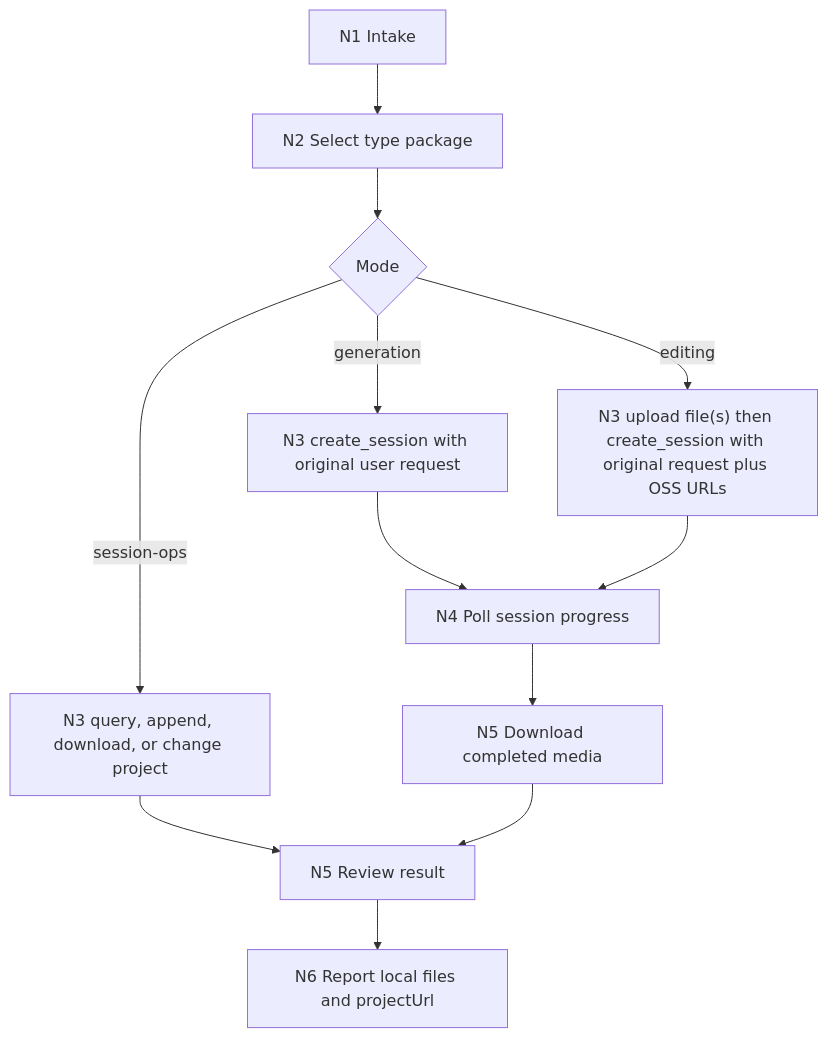
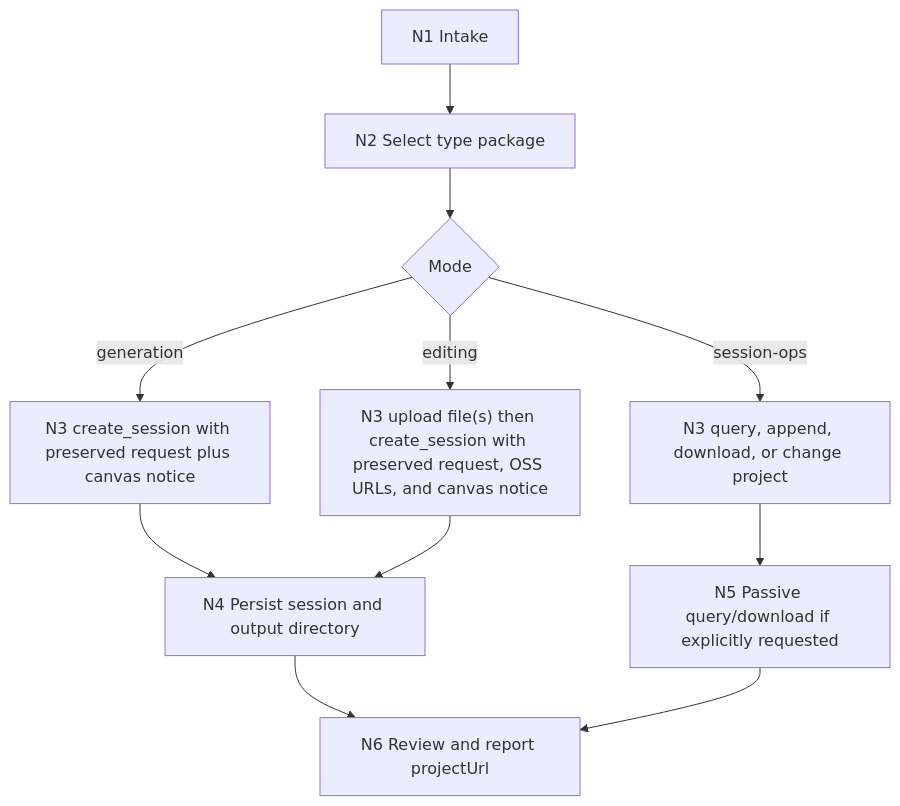
Before and after one commit to ZEN-VOID/AI-CUT: the diagram in .agents/skills/cli/libTV/SKILL.md, drawn with Mermaid. The commit also changed other lines of this file and 59 other files, not shown here.

````diff
--- a/.agents/skills/cli/libTV/SKILL.md
+++ b/.agents/skills/cli/libTV/SKILL.md
@@ -79,14 +80,13 @@
 ```mermaid
 flowchart TD
     A["N1 Intake"] --> B["N2 Select type package"]
     B --> C{"Mode"}
-    C -->|"generation"| D["N3 create_session with original user request"]
-    C -->|"editing"| E["N3 upload file(s) then create_session with original request plus OSS URLs"]
+    C -->|"generation"| D["N3 create_session with preserved request plus canvas notice"]
+    C -->|"editing"| E["N3 upload file(s) then create_session with preserved request, OSS URLs, and canvas notice"]
     C -->|"session-ops"| F["N3 query, append, download, or change project"]
-    D --> G["N4 Poll session progress"]
+    D --> G["N4 Persist session and output directory"]
     E --> G
-    F --> H["N5 Review result"]
-    G --> I["N5 Download completed media"]
-    I --> H
-    H --> J["N6 Report local files and projectUrl"]
+    F --> H["N5 Passive query/download if explicitly requested"]
+    G --> I["N6 Review and report projectUrl"]
+    H --> I
 ```
````
